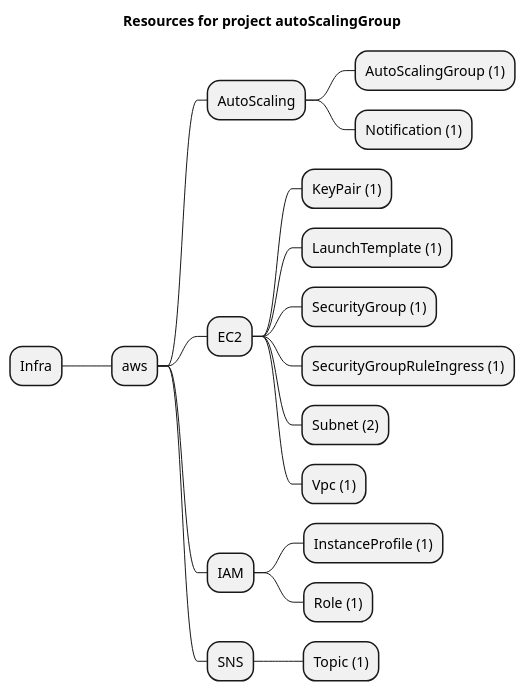
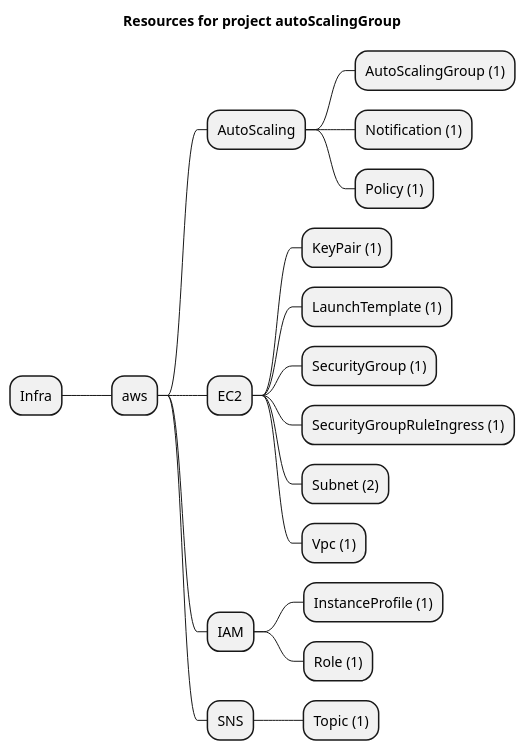
Before and after one commit to grucloud/grucloud: the diagram in examples/aws/AutoScaling/autoScalingGroup/artifacts/resources-mindmap.puml, drawn with PlantUML. The commit also changed 11 other files, not shown here.

```diff
--- a/examples/aws/AutoScaling/autoScalingGroup/artifacts/resources-mindmap.puml
+++ b/examples/aws/AutoScaling/autoScalingGroup/artifacts/resources-mindmap.puml
@@ -1,21 +1,22 @@
 @startmindmap
 title Resources for project autoScalingGroup
 skinparam monochrome true
 + Infra
 ++ aws
 +++ AutoScaling
 ++++ AutoScalingGroup (1)
 ++++ Notification (1)
+++++ Policy (1)
 +++ EC2
 ++++ KeyPair (1)
 ++++ LaunchTemplate (1)
 ++++ SecurityGroup (1)
 ++++ SecurityGroupRuleIngress (1)
 ++++ Subnet (2)
 ++++ Vpc (1)
 +++ IAM
 ++++ InstanceProfile (1)
 ++++ Role (1)
 +++ SNS
 ++++ Topic (1)
 @endmindmap
```
